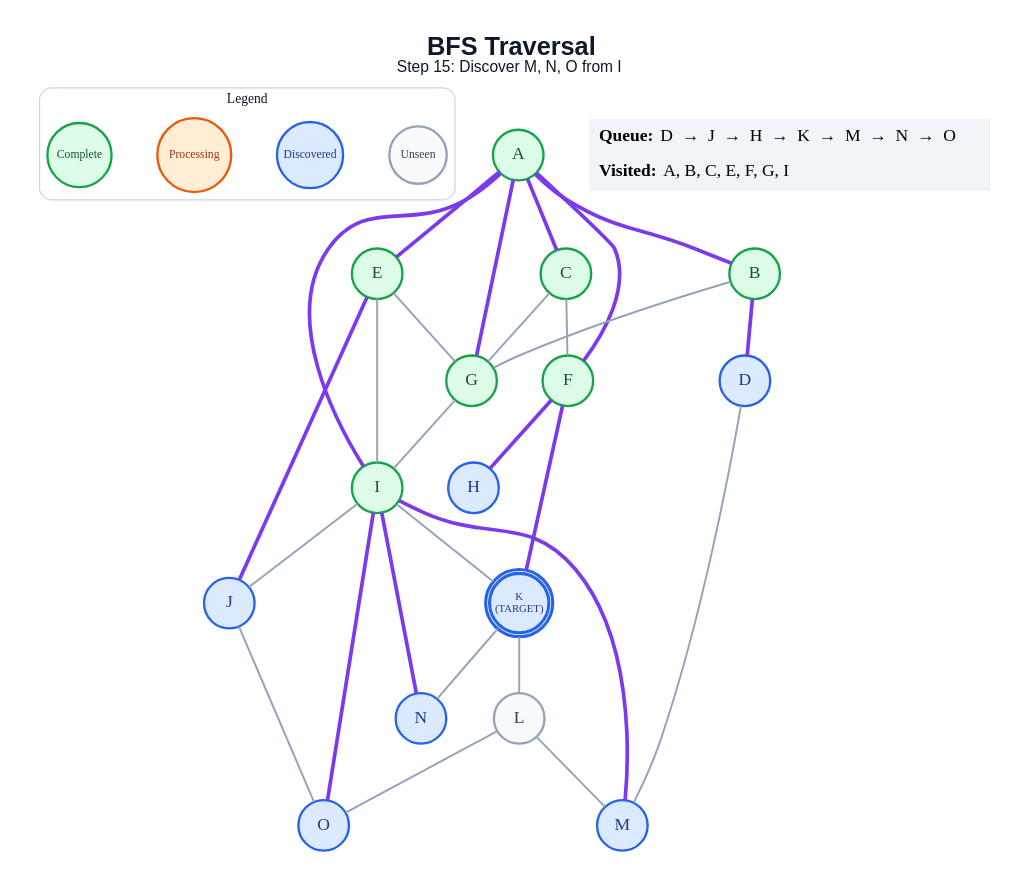
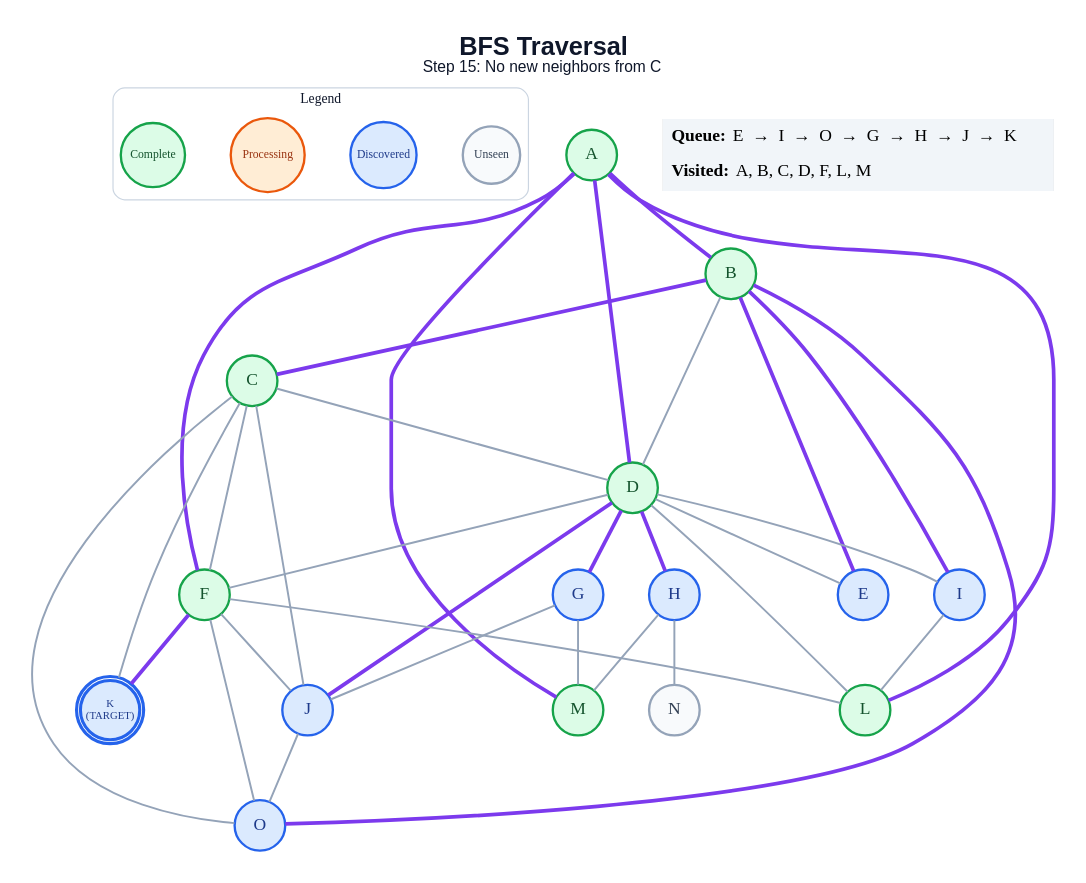
The diagram in generated/specific-node/bfs/step_15.dot (anon7238593-create/ai-slop), drawn with Graphviz before and after one commit. The commit also changed 240 other files, not shown here.

```diff
--- a/generated/specific-node/bfs/step_15.dot
+++ b/generated/specific-node/bfs/step_15.dot
@@ -1,61 +1,66 @@
 graph traversal {
   graph [layout=dot, rankdir=TB, bgcolor="#FFFFFF", pad="0.35", nodesep="0.65", ranksep="0.8", fontname="Arial"];
   node [shape=circle, style="filled", fontname="Arial Bold", fontsize=18, width=0.72, fixedsize=true, penwidth=2.4];
   edge [color="#94A3B8", penwidth=2.0];
-  label=<<B>BFS Traversal</B><BR/><FONT POINT-SIZE="16">Step 15: Discover M, N, O from I</FONT>>; labelloc="t"; fontsize=26; fontname="Arial"; fontcolor="#0F172A";
+  label=<<B>BFS Traversal</B><BR/><FONT POINT-SIZE="16">Step 15: No new neighbors from C</FONT>>; labelloc="t"; fontsize=26; fontname="Arial"; fontcolor="#0F172A";
   subgraph cluster_legend { label="Legend"; color="#CBD5E1"; penwidth=1.2; style="rounded"; fontsize=14; fontname="Arial Bold";
     key_unseen [label="Unseen", fillcolor="#F8FAFC", color="#94A3B8", fontcolor="#334155", fontsize=12, width=0.82];
     key_frontier [label="Discovered", fillcolor="#DBEAFE", color="#2563EB", fontcolor="#1E3A8A", fontsize=12, width=0.95];
     key_current [label="Processing", fillcolor="#FFEDD5", color="#EA580C", fontcolor="#9A3412", fontsize=12, width=1.05];
     key_done [label="Complete", fillcolor="#DCFCE7", color="#16A34A", fontcolor="#14532D", fontsize=12, width=0.92];
     { rank=same; key_unseen; key_frontier; key_current; key_done; }
   }
   A [label="A", fillcolor="#DCFCE7", color="#16A34A", fontcolor="#14532D", peripheries=1, penwidth=2.4];
   B [label="B", fillcolor="#DCFCE7", color="#16A34A", fontcolor="#14532D", peripheries=1, penwidth=2.4];
   C [label="C", fillcolor="#DCFCE7", color="#16A34A", fontcolor="#14532D", peripheries=1, penwidth=2.4];
-  D [label="D", fillcolor="#DBEAFE", color="#2563EB", fontcolor="#1E3A8A", peripheries=1, penwidth=2.4];
-  E [label="E", fillcolor="#DCFCE7", color="#16A34A", fontcolor="#14532D", peripheries=1, penwidth=2.4];
+  D [label="D", fillcolor="#DCFCE7", color="#16A34A", fontcolor="#14532D", peripheries=1, penwidth=2.4];
+  E [label="E", fillcolor="#DBEAFE", color="#2563EB", fontcolor="#1E3A8A", peripheries=1, penwidth=2.4];
   F [label="F", fillcolor="#DCFCE7", color="#16A34A", fontcolor="#14532D", peripheries=1, penwidth=2.4];
-  G [label="G", fillcolor="#DCFCE7", color="#16A34A", fontcolor="#14532D", peripheries=1, penwidth=2.4];
+  G [label="G", fillcolor="#DBEAFE", color="#2563EB", fontcolor="#1E3A8A", peripheries=1, penwidth=2.4];
   H [label="H", fillcolor="#DBEAFE", color="#2563EB", fontcolor="#1E3A8A", peripheries=1, penwidth=2.4];
-  I [label="I", fillcolor="#DCFCE7", color="#16A34A", fontcolor="#14532D", peripheries=1, penwidth=2.4];
+  I [label="I", fillcolor="#DBEAFE", color="#2563EB", fontcolor="#1E3A8A", peripheries=1, penwidth=2.4];
   J [label="J", fillcolor="#DBEAFE", color="#2563EB", fontcolor="#1E3A8A", peripheries=1, penwidth=2.4];
   K [label="K\n(TARGET)", fillcolor="#DBEAFE", color="#2563EB", fontcolor="#1E3A8A", peripheries=2, penwidth=3.2, fontsize=11, width=0.85, height=0.85];
-  L [label="L", fillcolor="#F8FAFC", color="#94A3B8", fontcolor="#334155", peripheries=1, penwidth=2.4];
-  M [label="M", fillcolor="#DBEAFE", color="#2563EB", fontcolor="#1E3A8A", peripheries=1, penwidth=2.4];
-  N [label="N", fillcolor="#DBEAFE", color="#2563EB", fontcolor="#1E3A8A", peripheries=1, penwidth=2.4];
+  L [label="L", fillcolor="#DCFCE7", color="#16A34A", fontcolor="#14532D", peripheries=1, penwidth=2.4];
+  M [label="M", fillcolor="#DCFCE7", color="#16A34A", fontcolor="#14532D", peripheries=1, penwidth=2.4];
+  N [label="N", fillcolor="#F8FAFC", color="#94A3B8", fontcolor="#334155", peripheries=1, penwidth=2.4];
   O [label="O", fillcolor="#DBEAFE", color="#2563EB", fontcolor="#1E3A8A", peripheries=1, penwidth=2.4];
   A -- B [color="#7C3AED", penwidth=3.8];
-  A -- C [color="#7C3AED", penwidth=3.8];
-  A -- E [color="#7C3AED", penwidth=3.8];
+  A -- D [color="#7C3AED", penwidth=3.8];
   A -- F [color="#7C3AED", penwidth=3.8];
-  A -- G [color="#7C3AED", penwidth=3.8];
-  A -- I [color="#7C3AED", penwidth=3.8];
-  B -- D [color="#7C3AED", penwidth=3.8];
-  B -- G;
+  A -- L [color="#7C3AED", penwidth=3.8];
+  A -- M [color="#7C3AED", penwidth=3.8];
+  B -- C [color="#7C3AED", penwidth=3.8];
+  B -- D;
+  B -- E [color="#7C3AED", penwidth=3.8];
+  B -- I [color="#7C3AED", penwidth=3.8];
+  B -- O [color="#7C3AED", penwidth=3.8];
+  C -- D;
   C -- F;
-  C -- G;
-  D -- M;
-  E -- G;
-  E -- I;
-  E -- J [color="#7C3AED", penwidth=3.8];
-  F -- H [color="#7C3AED", penwidth=3.8];
+  C -- J;
+  C -- K;
+  C -- O;
+  D -- E;
+  D -- F;
+  D -- G [color="#7C3AED", penwidth=3.8];
+  D -- H [color="#7C3AED", penwidth=3.8];
+  D -- I;
+  D -- J [color="#7C3AED", penwidth=3.8];
+  D -- L;
+  F -- J;
   F -- K [color="#7C3AED", penwidth=3.8];
-  G -- I;
-  I -- J;
-  I -- K;
-  I -- M [color="#7C3AED", penwidth=3.8];
-  I -- N [color="#7C3AED", penwidth=3.8];
-  I -- O [color="#7C3AED", penwidth=3.8];
+  F -- L;
+  F -- O;
+  G -- J;
+  G -- M;
+  H -- M;
+  H -- N;
+  I -- L;
   J -- O;
-  K -- L;
-  K -- N;
-  L -- M;
-  L -- O;
   status [shape=plain, fixedsize=false, width=0, height=0, margin=0, label=<
     <TABLE BORDER="0" CELLBORDER="0" CELLPADDING="7" BGCOLOR="#F1F5F9">
-      <TR><TD ALIGN="LEFT"><B>Queue:</B> D  →  J  →  H  →  K  →  M  →  N  →  O</TD></TR>
-      <TR><TD ALIGN="LEFT"><B>Visited:</B> A, B, C, E, F, G, I</TD></TR>
+      <TR><TD ALIGN="LEFT"><B>Queue:</B> E  →  I  →  O  →  G  →  H  →  J  →  K</TD></TR>
+      <TR><TD ALIGN="LEFT"><B>Visited:</B> A, B, C, D, F, L, M</TD></TR>
     </TABLE>
   >];
 }
```
